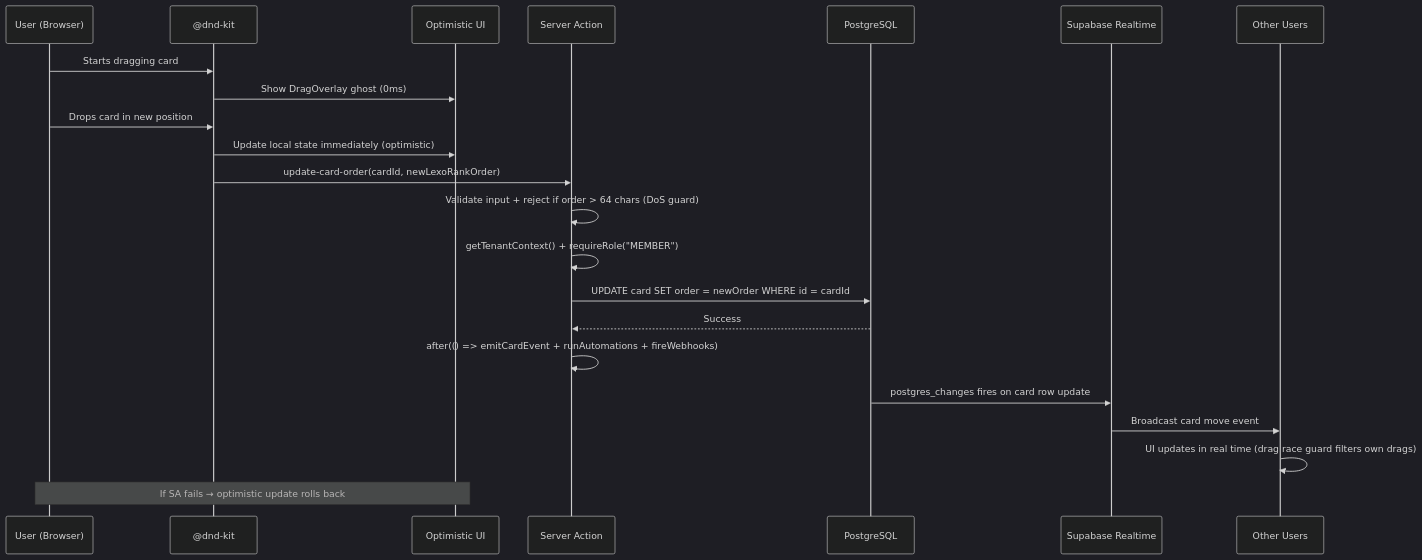
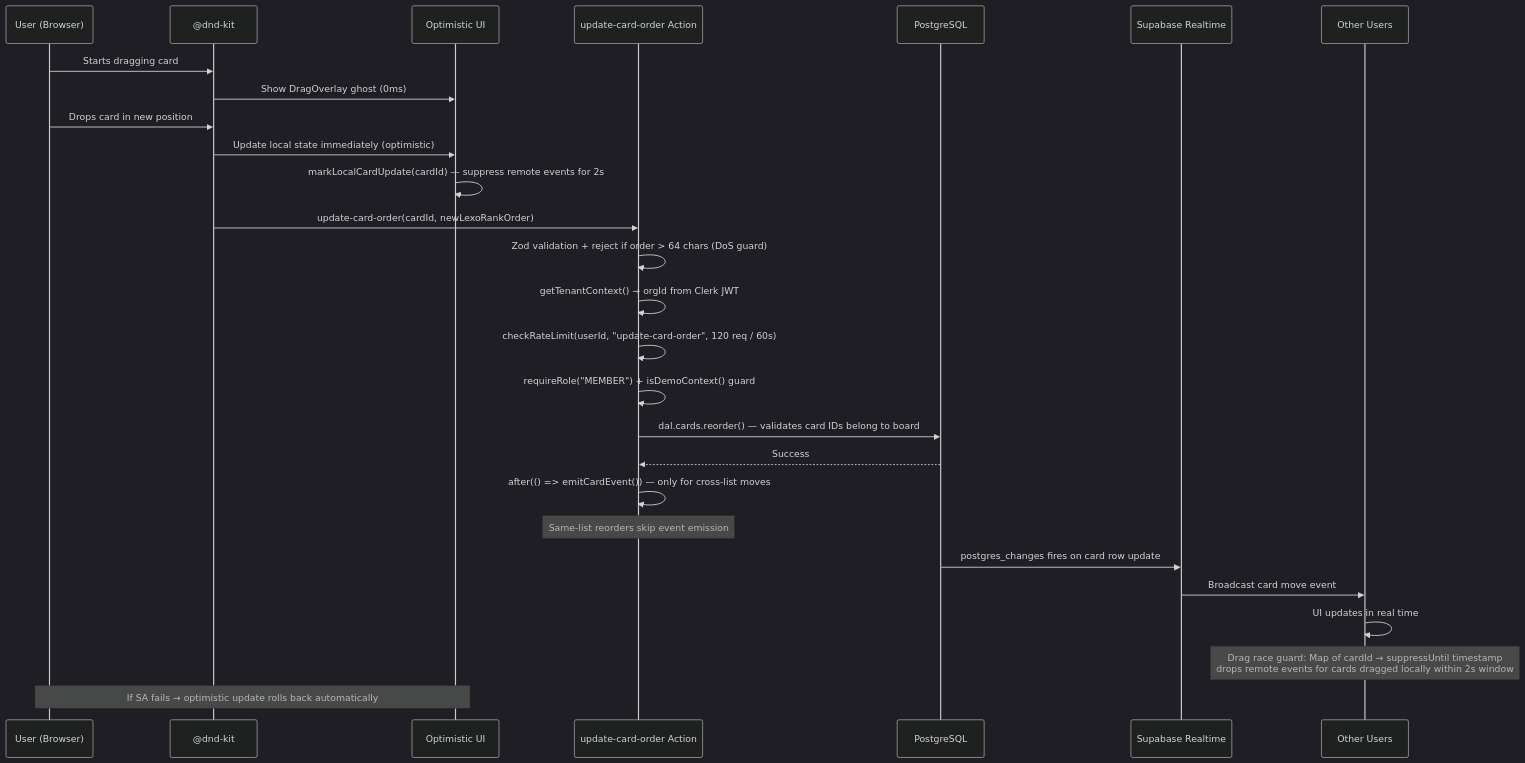
One commit to viraj1011JAIN/Nexus changed the fifth of 5 diagrams in README.md. Above: the diagram before and after it, drawn with Mermaid (dark theme). The commit also changed other lines of this file and 1 other file, not shown here.

````diff
--- a/README.md
+++ b/README.md
@@ -1315,25 +1361,30 @@
 ```mermaid
 sequenceDiagram
     participant U as User (Browser)
     participant DND as @dnd-kit
     participant OptUI as Optimistic UI
-    participant SA as Server Action
+    participant SA as update-card-order Action
     participant DB as PostgreSQL
     participant RT as Supabase Realtime
     participant Other as Other Users
 
     U->>DND: Starts dragging card
     DND->>OptUI: Show DragOverlay ghost (0ms)
     U->>DND: Drops card in new position
     DND->>OptUI: Update local state immediately (optimistic)
+    OptUI->>OptUI: markLocalCardUpdate(cardId) — suppress remote events for 2s
     DND->>SA: update-card-order(cardId, newLexoRankOrder)
-    SA->>SA: Validate input + reject if order > 64 chars (DoS guard)
-    SA->>SA: getTenantContext() + requireRole("MEMBER")
-    SA->>DB: UPDATE card SET order = newOrder WHERE id = cardId
+    SA->>SA: Zod validation + reject if order > 64 chars (DoS guard)
+    SA->>SA: getTenantContext() → orgId from Clerk JWT
+    SA->>SA: checkRateLimit(userId, "update-card-order", 120 req / 60s)
+    SA->>SA: requireRole("MEMBER") + isDemoContext() guard
+    SA->>DB: dal.cards.reorder() — validates card IDs belong to board
     DB-->>SA: Success
-    SA->>SA: after(() => emitCardEvent + runAutomations + fireWebhooks)
+    SA->>SA: after(() => emitCardEvent()) — only for cross-list moves
+    Note over SA: Same-list reorders skip event emission
     DB->>RT: postgres_changes fires on card row update
     RT->>Other: Broadcast card move event
-    Other->>Other: UI updates in real time (drag race guard filters own drags)
-    Note over U,OptUI: If SA fails → optimistic update rolls back
+    Other->>Other: UI updates in real time
+    Note over Other: Drag race guard: Map of cardId → suppressUntil timestamp<br/>drops remote events for cards dragged locally within 2s window
+    Note over U,OptUI: If SA fails → optimistic update rolls back automatically
 ```
````
